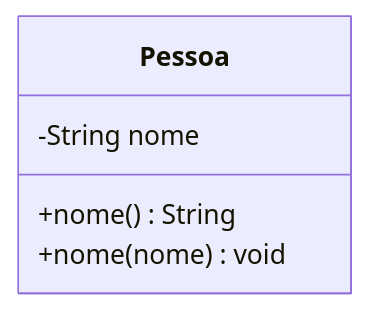
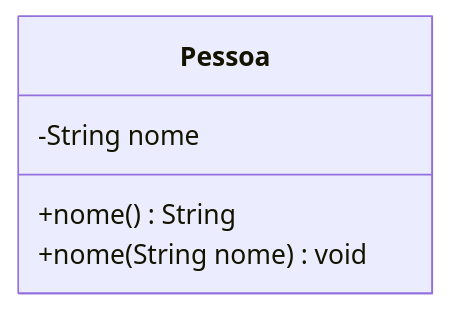
One commit to dev-alexmachado/guia_rapido_python changed the fourth of 9 diagrams in parte05/orientacao_a_objetos.md. Above: the diagram before and after it, drawn with Mermaid. The commit also changed other lines of this file, not shown here.

Commit message:
Diagramas de classes feitos.

```diff
--- a/parte05/orientacao_a_objetos.md
+++ b/parte05/orientacao_a_objetos.md
@@ -277,8 +277,8 @@
 ~~~mermaid
 classDiagram
     class Pessoa {
         -String nome
         +nome() String
-        +nome(nome) void
+        +nome(String nome) void
     }
 ~~~
```
